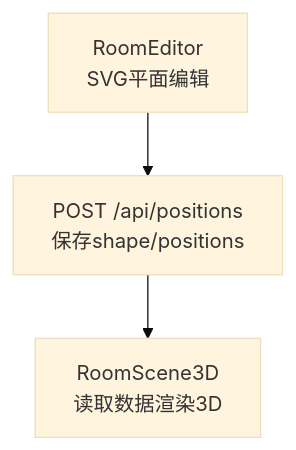
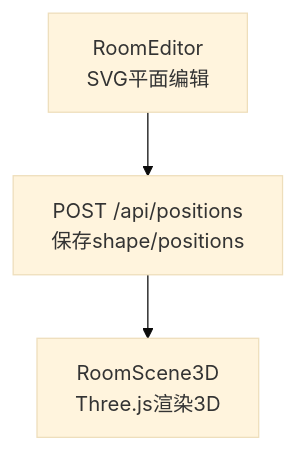
The seventh of 8 diagrams in .qoder/repowiki/zh/content/Web控制台/3D空间建模.md (zh79325/opple-cloud-adapter), drawn with Mermaid (base theme) before and after one commit. The commit also changed other lines of this file and 30 other files, not shown here.

````diff
--- a/.qoder/repowiki/zh/content/Web控制台/3D空间建模.md
+++ b/.qoder/repowiki/zh/content/Web控制台/3D空间建模.md
@@ -290,5 +261,5 @@
 ```mermaid
 flowchart TD
 Editor["RoomEditor<br/>SVG平面编辑"] --> Save["POST /api/positions<br/>保存shape/positions"]
-Save --> View["RoomScene3D<br/>读取数据渲染3D"]
+Save --> View["RoomScene3D<br/>Three.js渲染3D"]
 ```
````
